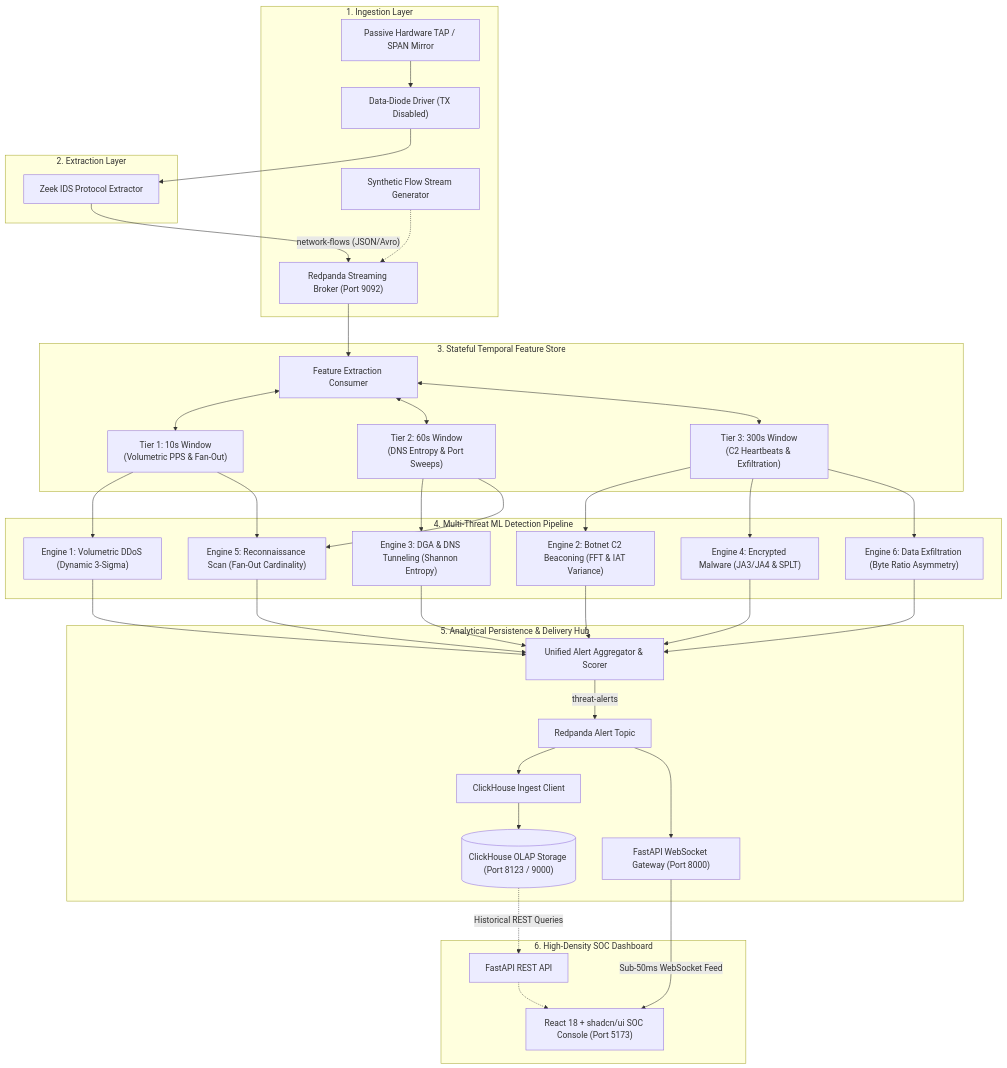
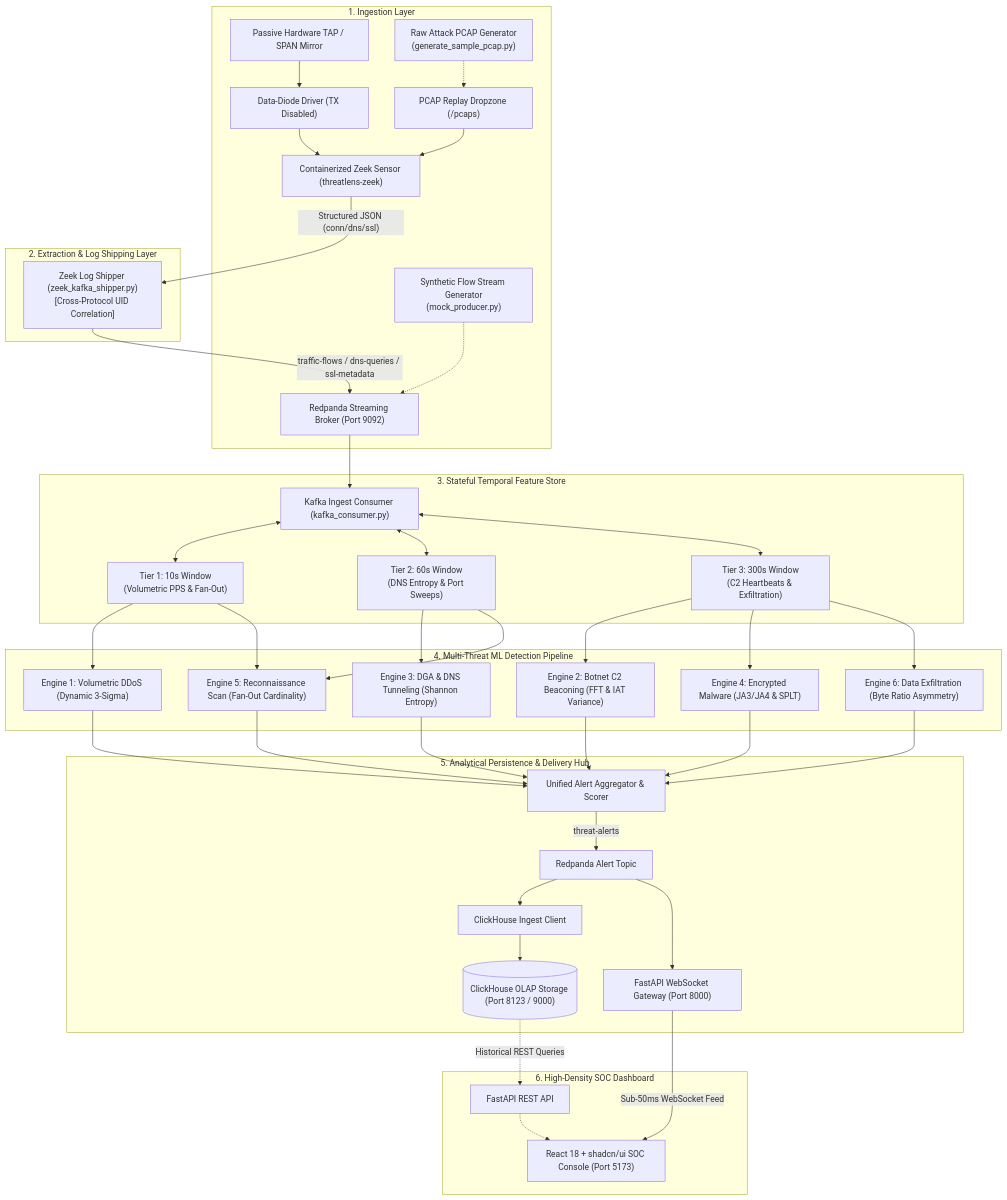
The diagram in README.md (RaKa8904/ThreatLens), drawn with Mermaid before and after one commit. The commit also changed other lines of this file and 2 other files, not shown here.

````diff
--- a/README.md
+++ b/README.md
@@ -23,43 +24,46 @@
 ```mermaid
 flowchart TD
     subgraph IngestLayer ["1. Ingestion Layer"]
         TAP["Passive Hardware TAP / SPAN Mirror"] --> Diode["Data-Diode Driver (TX Disabled)"]
-        MockProducer["Synthetic Flow Stream Generator"] -.-> Redpanda
+        PCAPDrop["PCAP Replay Dropzone (/pcaps)"] --> Zeek["Containerized Zeek Sensor (threatlens-zeek)"]
+        Diode --> Zeek
+        SampleGen["Raw Attack PCAP Generator\n(generate_sample_pcap.py)"] -.-> PCAPDrop
+        MockProducer["Synthetic Flow Stream Generator\n(mock_producer.py)"] -.-> Redpanda
     end
 
-    subgraph ExtractionLayer ["2. Extraction Layer"]
-        Diode --> Zeek["Zeek IDS Protocol Extractor"]
-        Zeek -->|"network-flows (JSON/Avro)"| Redpanda["Redpanda Streaming Broker (Port 9092)"]
+    subgraph ExtractionLayer ["2. Extraction & Log Shipping Layer"]
+        Zeek -->|"Structured JSON (conn/dns/ssl)"| Shipper["Zeek Log Shipper (zeek_kafka_shipper.py)\n[Cross-Protocol UID Correlation]"]
+        Shipper -->|"traffic-flows / dns-queries / ssl-metadata"| Redpanda["Redpanda Streaming Broker (Port 9092)"]
     end
 
     subgraph FeatureLayer ["3. Stateful Temporal Feature Store"]
-        Redpanda --> StreamWorker["Feature Extraction Consumer"]
+        Redpanda --> StreamWorker["Kafka Ingest Consumer (kafka_consumer.py)"]
         StreamWorker <--> Redis10["Tier 1: 10s Window\n(Volumetric PPS & Fan-Out)"]
         StreamWorker <--> Redis60["Tier 2: 60s Window\n(DNS Entropy & Port Sweeps)"]
         StreamWorker <--> Redis300["Tier 3: 300s Window\n(C2 Heartbeats & Exfiltration)"]
     end
 
     subgraph DetectionLayer ["4. Multi-Threat ML Detection Pipeline"]
         Redis10 --> E1["Engine 1: Volumetric DDoS (Dynamic 3-Sigma)"]
         Redis10 --> E5["Engine 5: Reconnaissance Scan (Fan-Out Cardinality)"]
         Redis60 --> E3["Engine 3: DGA & DNS Tunneling (Shannon Entropy)"]
         Redis60 --> E5
         Redis300 --> E2["Engine 2: Botnet C2 Beaconing (FFT & IAT Variance)"]
         Redis300 --> E4["Engine 4: Encrypted Malware (JA3/JA4 & SPLT)"]
         Redis300 --> E6["Engine 6: Data Exfiltration (Byte Ratio Asymmetry)"]
     end
 
     subgraph DeliveryLayer ["5. Analytical Persistence & Delivery Hub"]
         E1 & E2 & E3 & E4 & E5 & E6 --> Aggregator["Unified Alert Aggregator & Scorer"]
         Aggregator -->|"threat-alerts"| AlertBus["Redpanda Alert Topic"]
         AlertBus --> CHClient["ClickHouse Ingest Client"]
         AlertBus --> WSHub["FastAPI WebSocket Gateway (Port 8000)"]
         CHClient --> ClickHouse[("ClickHouse OLAP Storage (Port 8123 / 9000)")]
     end
 
     subgraph PresentationLayer ["6. High-Density SOC Dashboard"]
         WSHub -->|"Sub-50ms WebSocket Feed"| SOC["React 18 + shadcn/ui SOC Console (Port 5173)"]
         ClickHouse -.->|"Historical REST Queries"| FastAPIRest["FastAPI REST API"]
         FastAPIRest -.-> SOC
     end
 ```
````
